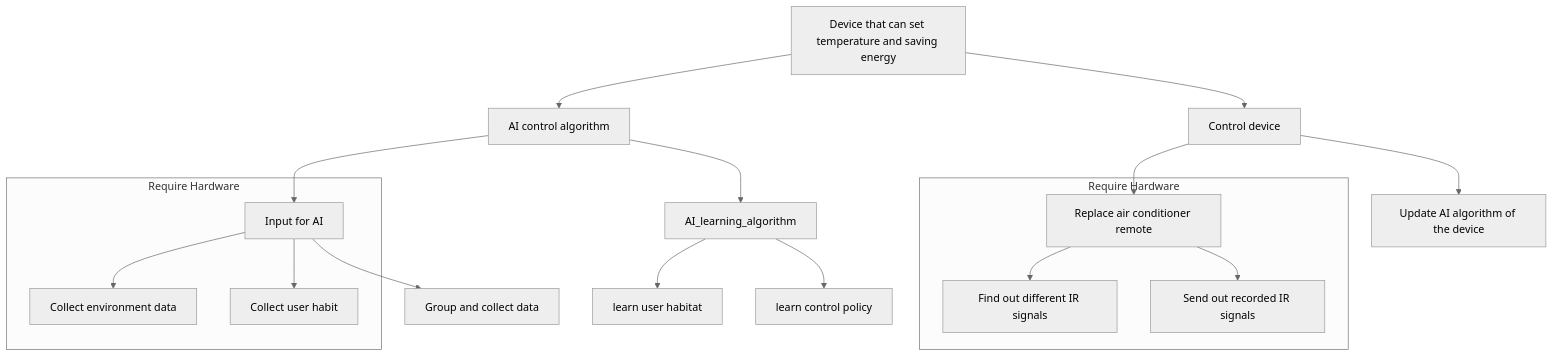
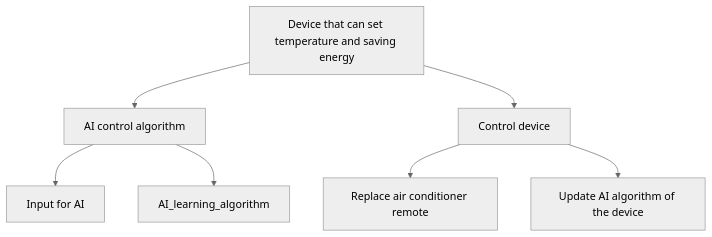
One commit to eddylau328/fyp-artificial-intelligence-ac-control-device changed the first of 4 diagrams in README.md. Above: the diagram before and after it, drawn with Mermaid (neutral theme). The commit also changed other lines of this file, not shown here.

````diff
--- a/README.md
+++ b/README.md
@@ -13,22 +14,11 @@
 ```mermaid
 graph TD;
     a["Device that can set temperature and saving energy"]-->b1["AI control algorithm"];
     a-->b2["Control device"];
     
     b1-->c1["Input for AI"];
     b1-->c2["AI_learning_algorithm"];
     b2-->c3["Replace air conditioner remote"];
     b2-->c4["Update AI algorithm of the device"];
-    
-    subgraph "Require Hardware"
-    c1-->d1["Collect environment data"];
-    c1-->d2["Collect user habit"];
-        end
-    c1-->d3["Group and collect data"];
-    c2-->d4["learn user habitat"];
-    c2-->d5["learn control policy"];
-    subgraph "Require Hardware"
-    c3-->d6["Find out different IR signals"];
-    c3-->d7["Send out recorded IR signals"];
-    end
+
 ```
````
